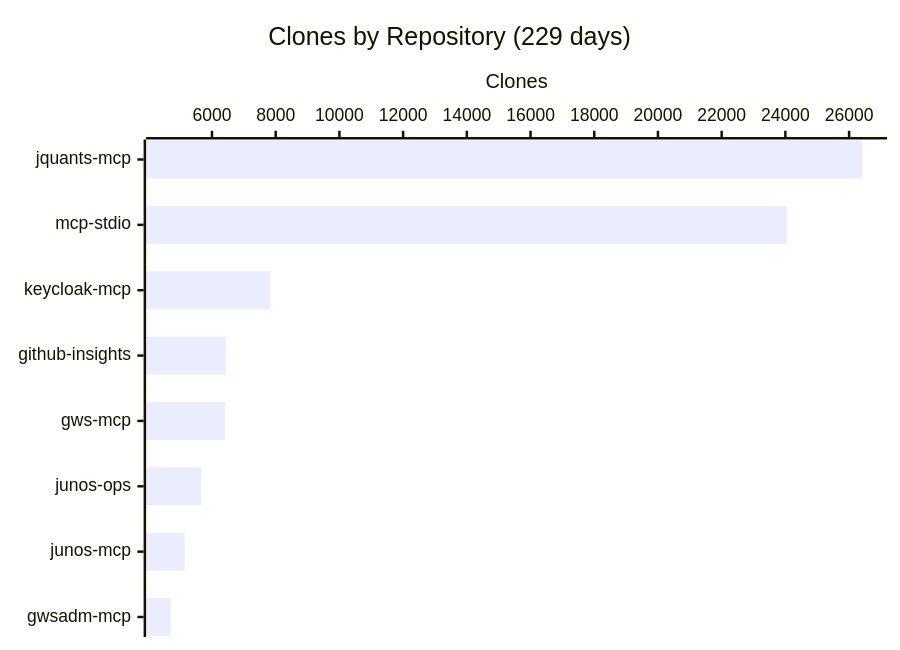
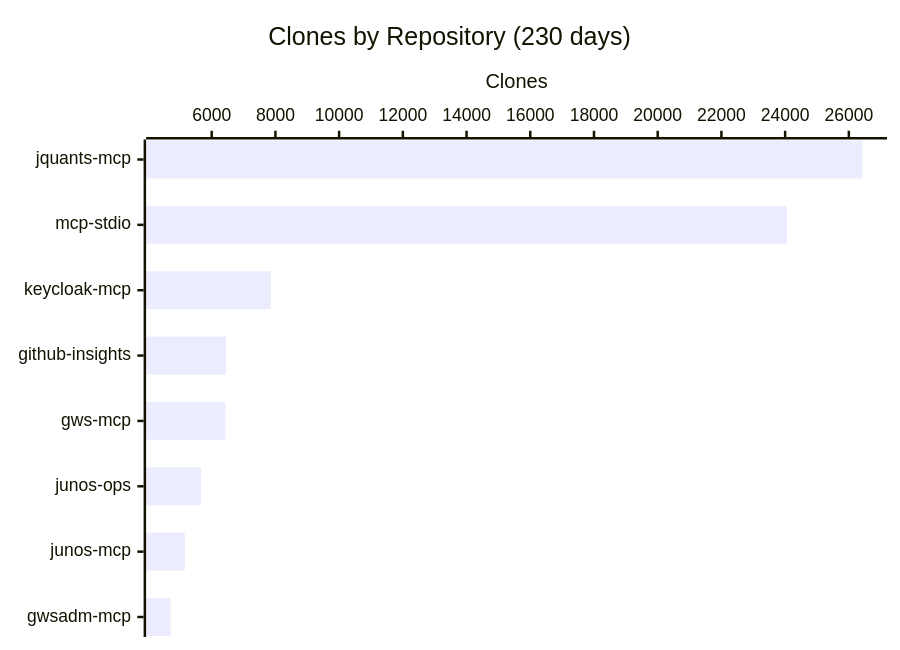
Before and after one commit to shigechika/github-insights: the fourth of 4 diagrams in README.md, drawn with Mermaid. The commit also changed other lines of this file and 1 other file, not shown here.

````diff
--- a/README.md
+++ b/README.md
@@ -58,7 +58,7 @@
 ```mermaid
 xychart-beta horizontal
-    title "Clones by Repository (229 days)"
+    title "Clones by Repository (230 days)"
     x-axis ["jquants-mcp", "mcp-stdio", "keycloak-mcp", "github-insights", "gws-mcp", "junos-ops", "junos-mcp", "gwsadm-mcp"]
     y-axis "Clones"
-    bar [26422, 24047, 7842, 6438, 6418, 5659, 5146, 4700]
+    bar [26430, 24056, 7854, 6455, 6427, 5662, 5155, 4709]
 ```
````
